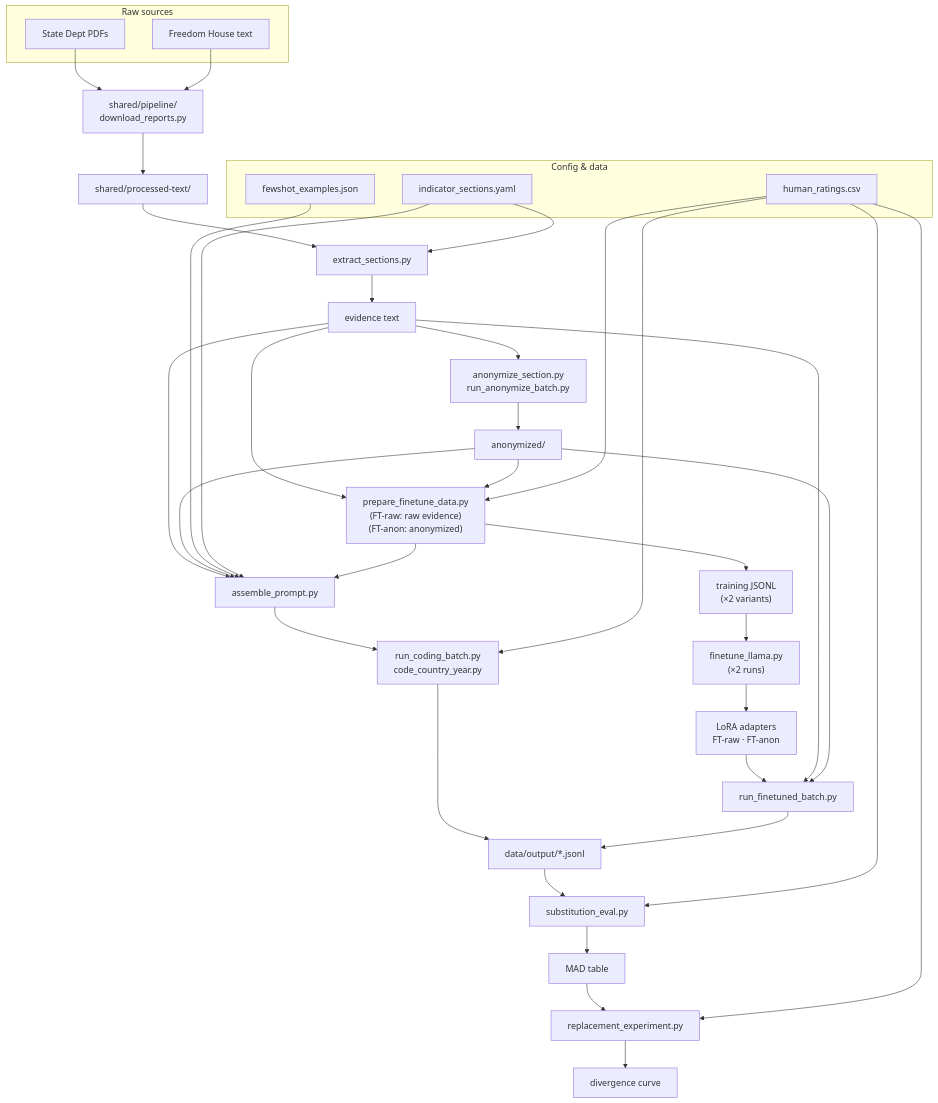
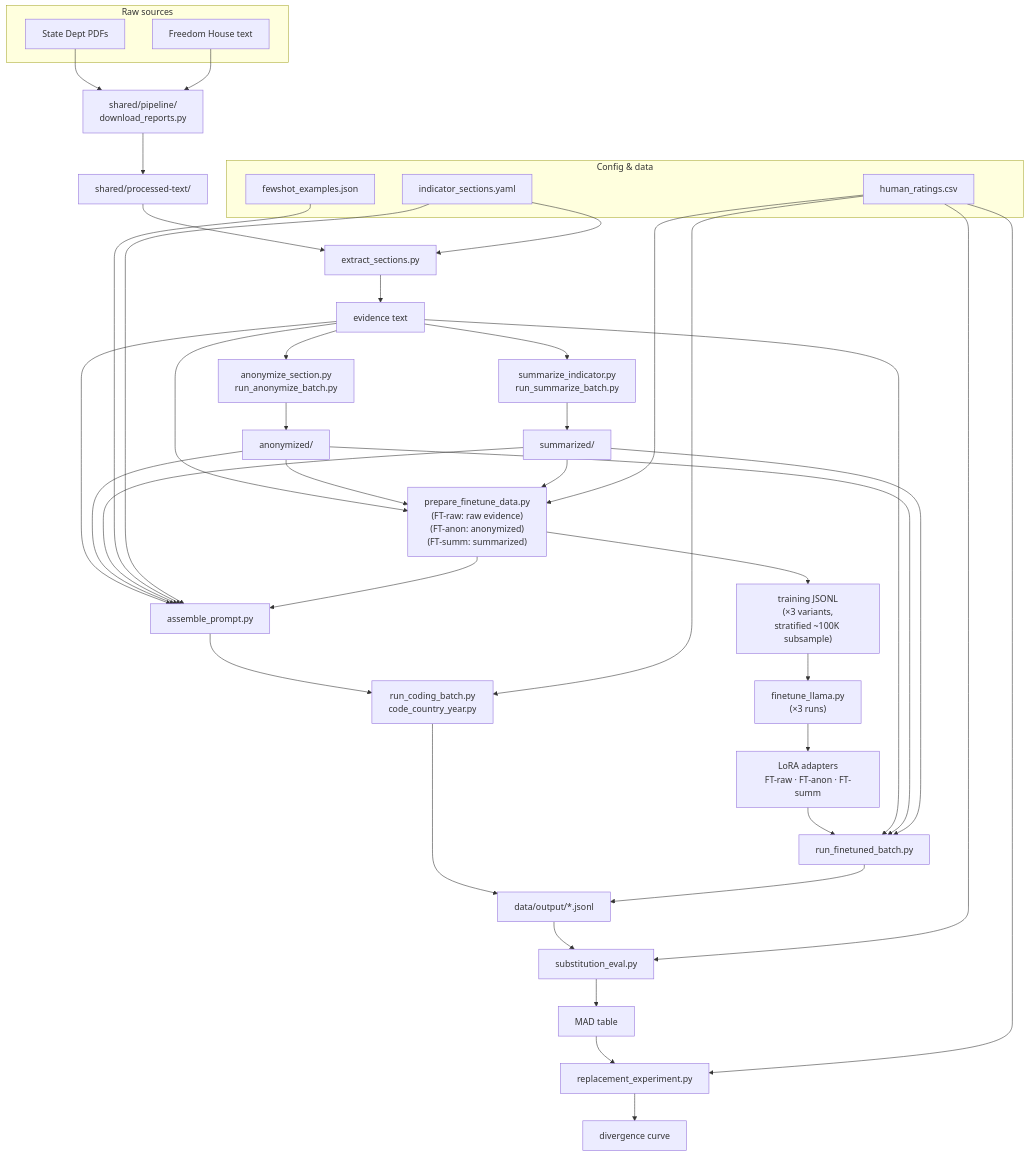
One commit to vdem-agents/panel-member changed the diagram in docs/architecture.md. Above: the diagram before and after it, drawn with Mermaid. The commit also changed other lines of this file and 8 other files, not shown here.

````diff
--- a/docs/architecture.md
+++ b/docs/architecture.md
@@ -5,51 +5,57 @@
 ```mermaid
 flowchart TD
     subgraph SRC["Raw sources"]
         SD["State Dept PDFs"]
         FH["Freedom House text"]
     end
 
     subgraph CFG["Config & data"]
         YAML["indicator_sections.yaml"]
         FEW["fewshot_examples.json"]
         HR["human_ratings.csv"]
     end
 
     SD --> DL["shared/pipeline/\ndownload_reports.py"]
     FH --> DL
     DL --> PT["shared/processed-text/"]
 
     PT --> EX["extract_sections.py"]
     YAML --> EX
     EX --> EV["evidence text"]
 
     EV --> AN["anonymize_section.py\nrun_anonymize_batch.py"]
     AN --> AV["anonymized/"]
 
+    EV --> SU["summarize_indicator.py\nrun_summarize_batch.py"]
+    SU --> SV["summarized/"]
+
     EV --> AP["assemble_prompt.py"]
     AV --> AP
+    SV --> AP
     FEW --> AP
     YAML --> AP
     AP --> CCY["run_coding_batch.py\ncode_country_year.py"]
     HR --> CCY
     CCY --> OUT["data/output/*.jsonl"]
 
-    EV --> PF["prepare_finetune_data.py\n(FT-raw: raw evidence)\n(FT-anon: anonymized)"]
+    EV --> PF["prepare_finetune_data.py\n(FT-raw: raw evidence)\n(FT-anon: anonymized)\n(FT-summ: summarized)"]
     AV --> PF
+    SV --> PF
     HR --> PF
     PF --> AP
-    PF --> TJ["training JSONL\n(×2 variants)"]
-    TJ --> FT["finetune_llama.py\n(×2 runs)"]
-    FT --> AD["LoRA adapters\nFT-raw · FT-anon"]
+    PF --> TJ["training JSONL\n(×3 variants,\nstratified ~100K subsample)"]
+    TJ --> FT["finetune_llama.py\n(×3 runs)"]
+    FT --> AD["LoRA adapters\nFT-raw · FT-anon · FT-summ"]
     AD --> RFB["run_finetuned_batch.py"]
     EV --> RFB
     AV --> RFB
+    SV --> RFB
     RFB --> OUT
 
     OUT --> SE["substitution_eval.py"]
     HR --> SE
     SE --> MAD["MAD table"]
     MAD --> RE["replacement_experiment.py"]
     HR --> RE
     RE --> DIV["divergence curve"]
 ```
````
